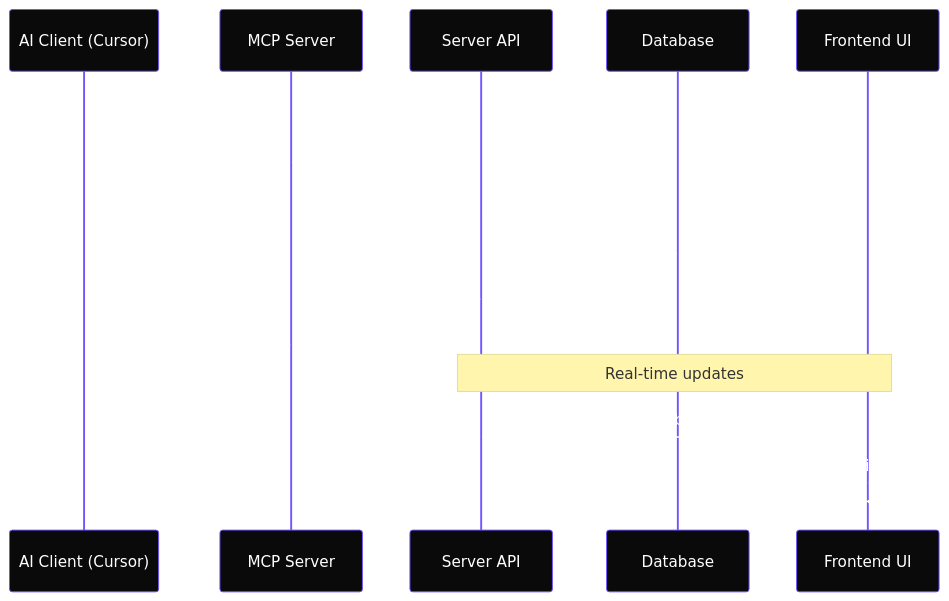
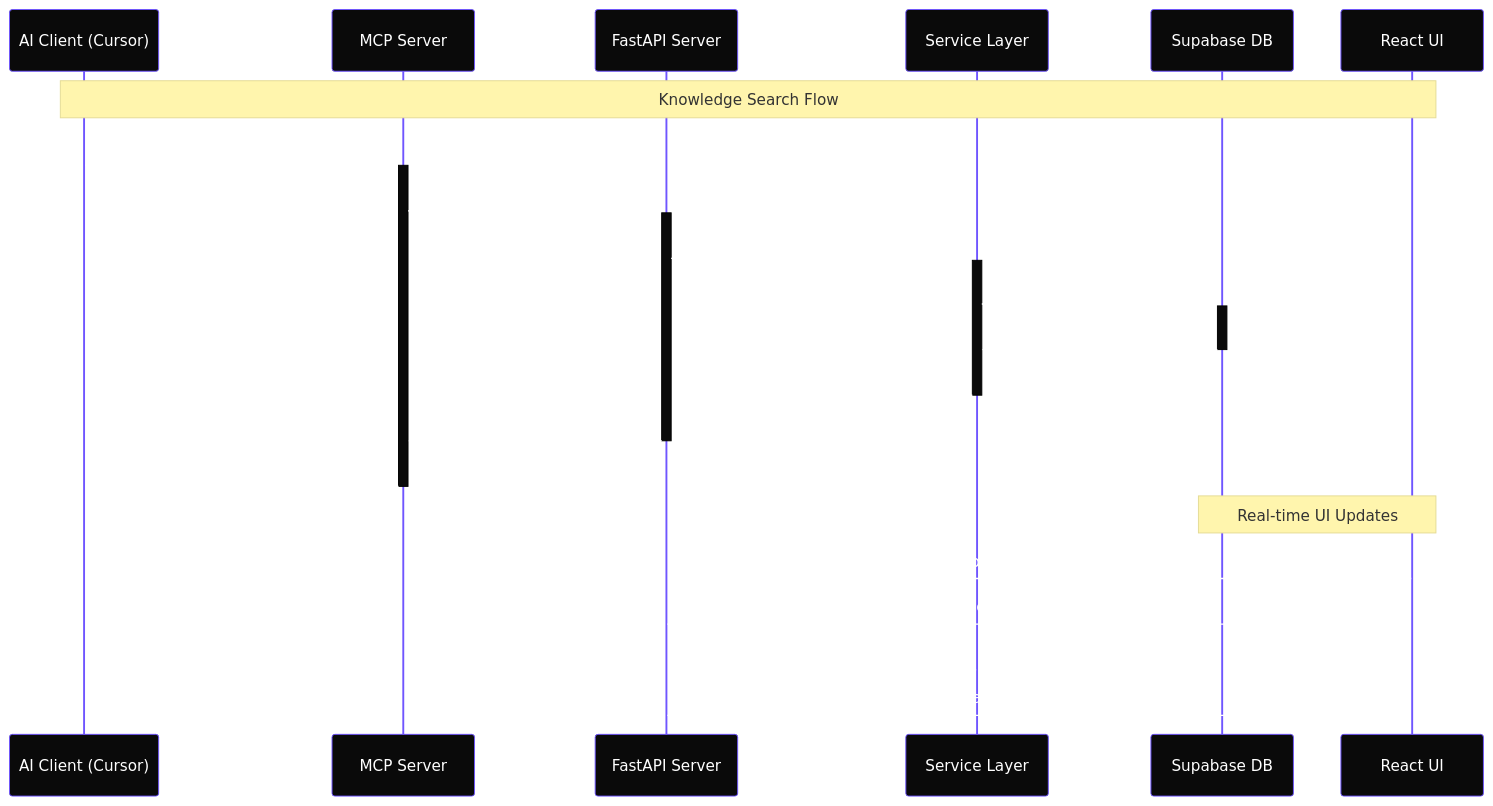
The third of 4 diagrams in README.md (JackSmack1971/ARCHONRELOADED), drawn with Mermaid before and after one commit. The commit also changed other lines of this file, not shown here.

````diff
--- a/README.md
+++ b/README.md
@@ -153,29 +216,37 @@
 ```mermaid
 %%{init:{
   'theme':'base',
   'themeVariables': {
     'primaryColor':'#0a0a0a',
     'primaryTextColor':'#ffffff',
     'primaryBorderColor':'#6f55ff',
-    'textColor':'#ffffff',
-    'background':'#0a0a0a'
+    'lineColor':'#3fb1ff',
+    'textColor':'#ffffff'
   }
 }}%%
 sequenceDiagram
     participant AI as AI Client (Cursor)
     participant MCP as MCP Server
-    participant API as Server API
-    participant DB as Database
-    participant UI as Frontend UI
+    participant API as FastAPI Server
+    participant SVC as Service Layer
+    participant DB as Supabase DB
+    participant UI as React UI
     
-    AI->>MCP: MCP tool request
-    MCP->>API: HTTP API call
-    API->>DB: Query/Store data
-    DB-->>API: Return results
-    API-->>MCP: JSON response
-    MCP-->>AI: MCP tool response
+    Note over AI, UI: Knowledge Search Flow
     
-    Note over API,UI: Real-time updates
-    API->>UI: Socket.IO broadcast
-    UI->>UI: Update interface
+    AI->>+MCP: MCP tool call: perform_rag_query
+    MCP->>+API: HTTP POST /api/rag/query
+    API->>+SVC: SearchService.perform_search()
+    SVC->>+DB: Vector similarity search
+    DB-->>-SVC: Matching documents
+    SVC-->>-API: Formatted results
+    API-->>-MCP: JSON response
+    MCP-->>-AI: MCP tool response
+    
+    Note over UI, DB: Real-time UI Updates
+    
+    UI->>API: Socket.IO connection
+    API->>UI: Live progress updates
+    SVC->>API: Broadcast changes
+    API->>UI: Real-time notifications
 ```
````
